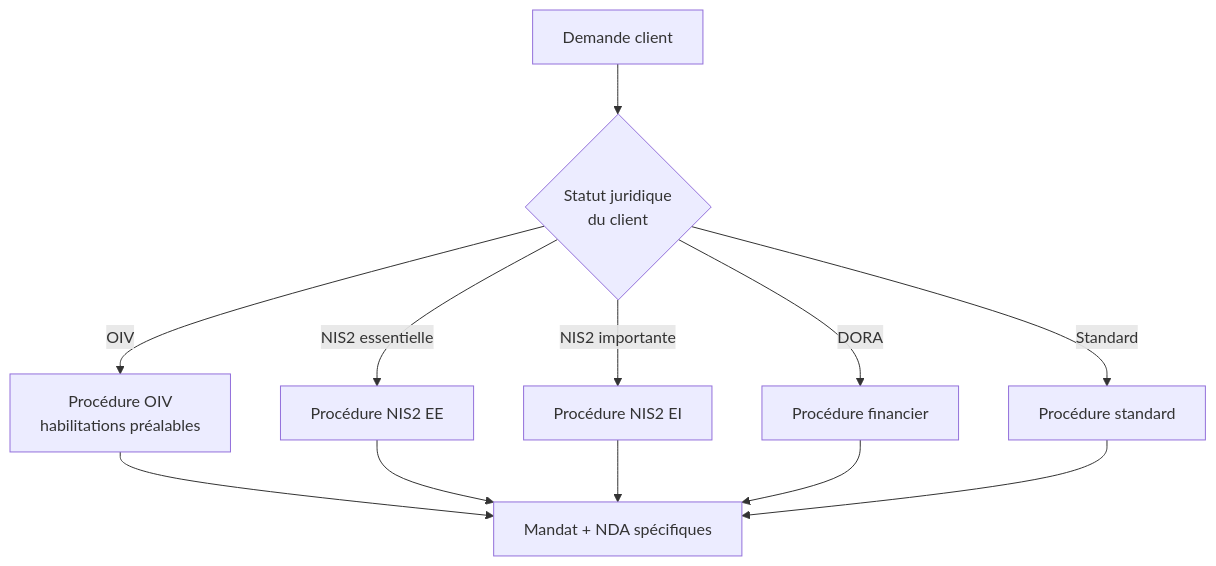
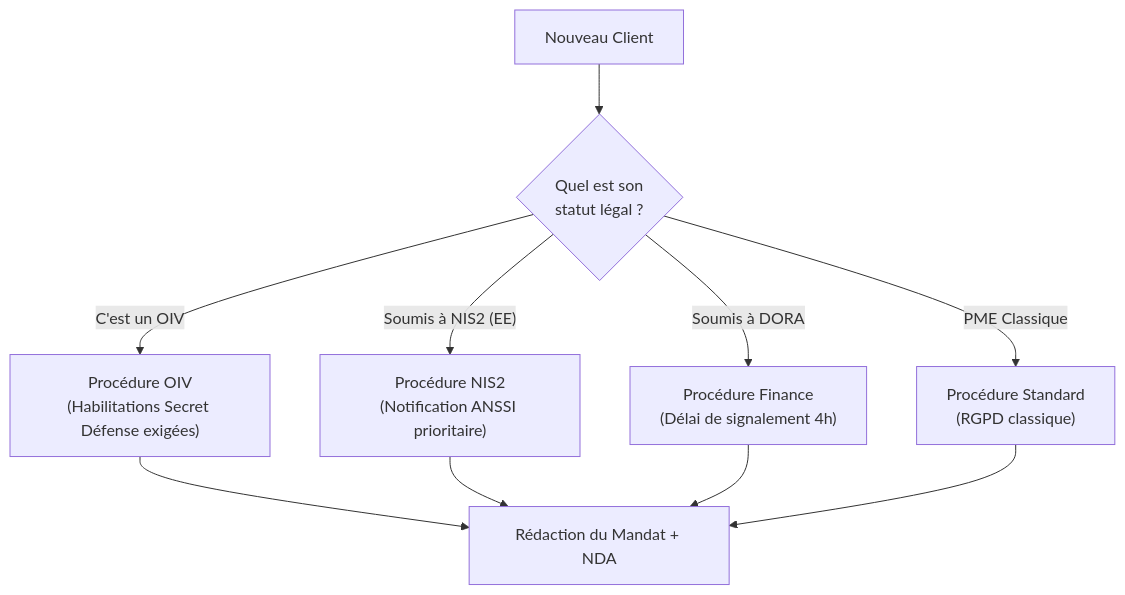
One commit to zyrass/omnydocs changed the second of 3 diagrams in docs/cursus-forensic/01-cycle-0-fondations/module-1-legislation/16-synthese-carnet-juridique.md. Above: the diagram before and after it, drawn with Mermaid. The commit also changed other lines of this file and 171 other files, not shown here.

````diff
--- a/docs/cursus-forensic/01-cycle-0-fondations/module-1-legislation/16-synthese-carnet-juridique.md
+++ b/docs/cursus-forensic/01-cycle-0-fondations/module-1-legislation/16-synthese-carnet-juridique.md
@@ -156,14 +141,12 @@
 ```mermaid
 flowchart TB
-    A[Demande client] --> B{Statut juridique<br>du client}
-    B -->|OIV| C[Procédure OIV<br>habilitations préalables]
-    B -->|NIS2 essentielle| D[Procédure NIS2 EE]
-    B -->|NIS2 importante| E[Procédure NIS2 EI]
-    B -->|DORA| F[Procédure financier]
-    B -->|Standard| G[Procédure standard]
-    C --> H[Mandat + NDA spécifiques]
-    D --> H
-    E --> H
-    F --> H
-    G --> H
+    A["Nouveau Client"] --> B{"Quel est son<br>statut légal ?"}
+    B -->|"C'est un OIV"| C["Procédure OIV<br>(Habilitations Secret Défense exigées)"]
+    B -->|"Soumis à NIS2 (EE)"| D["Procédure NIS2<br>(Notification ANSSI prioritaire)"]
+    B -->|"Soumis à DORA"| E["Procédure Finance<br>(Délai de signalement 4h)"]
+    B -->|"PME Classique"| F["Procédure Standard<br>(RGPD classique)"]
+    C --> G["Rédaction du Mandat + NDA"]
+    D --> G
+    E --> G
+    F --> G
 ```
````
